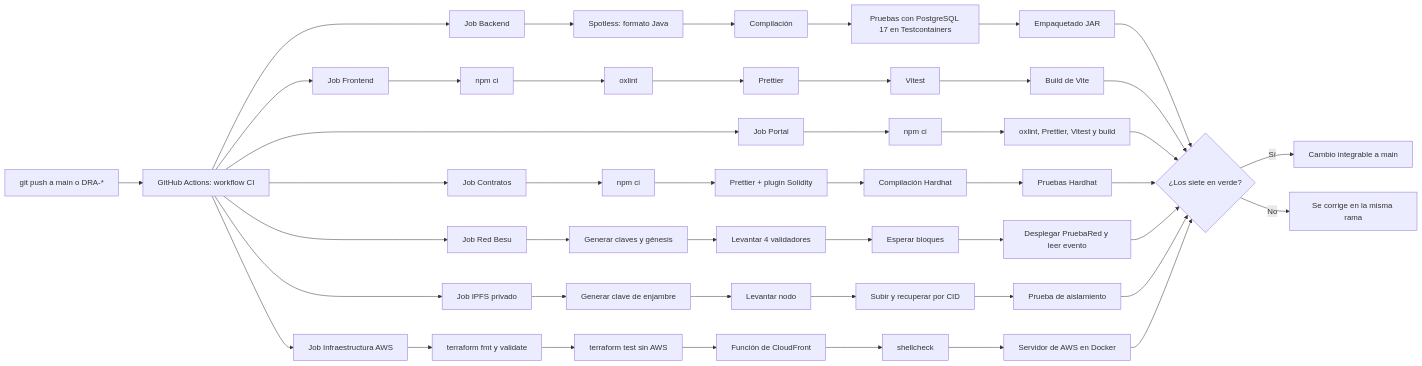
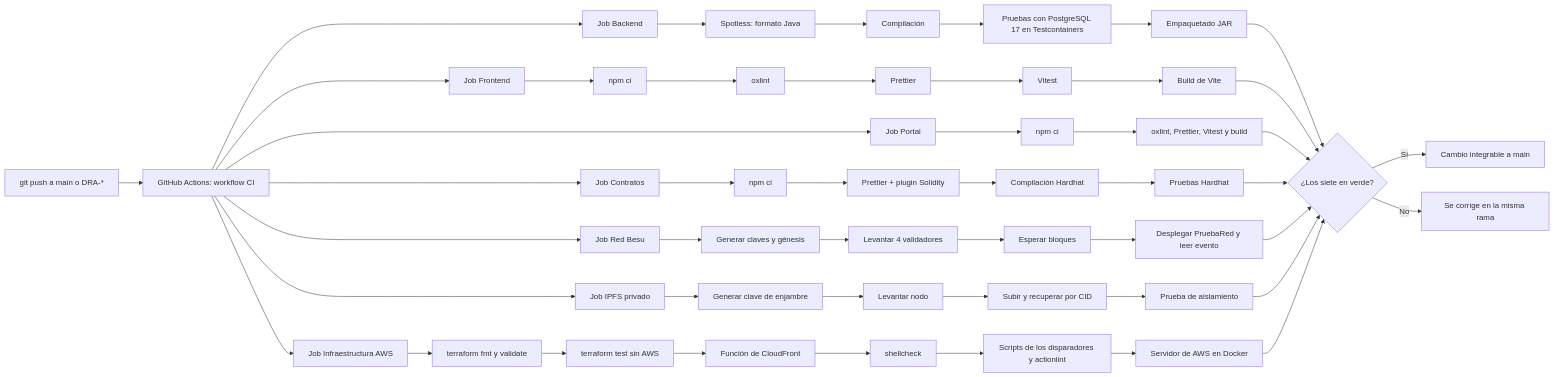
Before and after one commit to Garyn14/TESIS_FERNANDO: the diagram in docs/arquitectura/integracion-continua.md, drawn with Mermaid. The commit also changed other lines of this file, not shown here.

Commit message:
CI: registro de la ejecución 42500364211 (DRA-52)

````diff
--- a/docs/arquitectura/integracion-continua.md
+++ b/docs/arquitectura/integracion-continua.md
@@ -22,21 +22,21 @@
 ```mermaid
 flowchart LR
     A[git push a main o DRA-*] --> W[GitHub Actions: workflow CI]
     W --> B[Job Backend]
     W --> F[Job Frontend]
     W --> P[Job Portal]
     W --> C[Job Contratos]
     W --> RB[Job Red Besu]
     W --> IP[Job IPFS privado]
     W --> AW[Job Infraestructura AWS]
     B --> B1[Spotless: formato Java] --> B2[Compilación] --> B3[Pruebas con PostgreSQL 17 en Testcontainers] --> B4[Empaquetado JAR]
     F --> F1[npm ci] --> F2[oxlint] --> F3[Prettier] --> F4[Vitest] --> F5[Build de Vite]
     P --> P1[npm ci] --> P2[oxlint, Prettier, Vitest y build]
     C --> C1[npm ci] --> C2[Prettier + plugin Solidity] --> C3[Compilación Hardhat] --> C4[Pruebas Hardhat]
     RB --> RB1[Generar claves y génesis] --> RB2[Levantar 4 validadores] --> RB3[Esperar bloques] --> RB4[Desplegar PruebaRed y leer evento]
     IP --> IP1[Generar clave de enjambre] --> IP2[Levantar nodo] --> IP3[Subir y recuperar por CID] --> IP4[Prueba de aislamiento]
-    AW --> AW1[terraform fmt y validate] --> AW2[terraform test sin AWS] --> AW2b[Función de CloudFront] --> AW3[shellcheck] --> AW4[Servidor de AWS en Docker]
+    AW --> AW1[terraform fmt y validate] --> AW2[terraform test sin AWS] --> AW2b[Función de CloudFront] --> AW3[shellcheck] --> AW3b[Scripts de los disparadores y actionlint] --> AW4[Servidor de AWS en Docker]
     B4 & F5 & P2 & C4 & RB4 & IP4 & AW4 --> R{¿Los siete en verde?}
     R -- Sí --> OK[Cambio integrable a main]
     R -- No --> KO[Se corrige en la misma rama]
 ```
````
